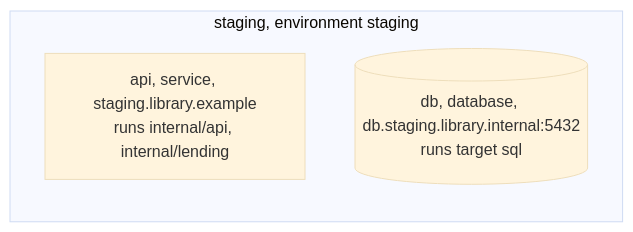
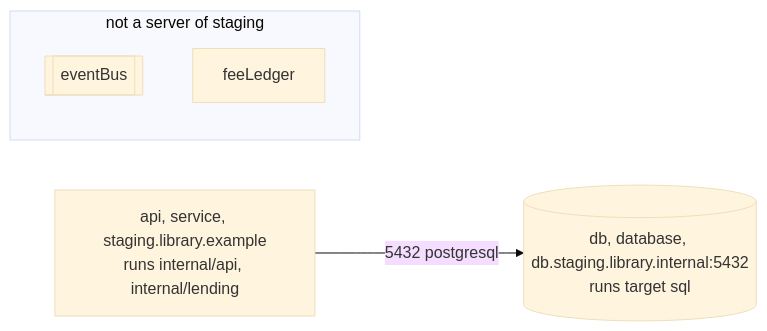
The second of 3 diagrams in examples/library-lending/docs/deployment.md (SpecArch/specarch), drawn with Mermaid (base theme) before and after one commit. The commit also changed other lines of this file and 59 other files, not shown here.

````diff
--- a/examples/library-lending/docs/deployment.md
+++ b/examples/library-lending/docs/deployment.md
@@ -67,7 +72,10 @@
 ```mermaid
 flowchart LR
-  subgraph deployment_staging["staging, environment staging"]
-    server_api["api, service, staging.library.example<br/>runs internal/api, internal/lending"]
-    server_db[("db, database, db.staging.library.internal:5432<br/>runs target sql")]
+  server_api["api, service, staging.library.example<br/>runs internal/api, internal/lending"]
+  server_db[("db, database, db.staging.library.internal:5432<br/>runs target sql")]
+  server_api -->|"5432 postgresql"| server_db
+  subgraph unreached_staging["not a server of staging"]
+    dependency_eventBus[["eventBus"]]
+    dependency_feeLedger["feeLedger"]
   end
 ```
````
